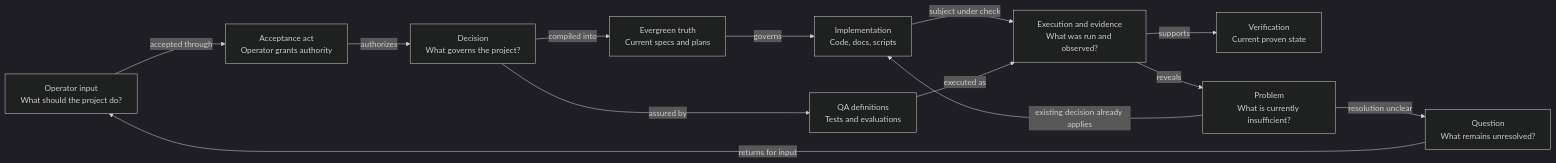
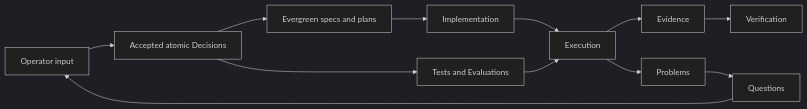
The second of 2 diagrams in README.md (anatoly-m-maslennikov/dset-specs-loops-framework), drawn with Mermaid (dark theme) before and after one commit. The commit also changed other lines of this file and 814 other files, not shown here.

````diff
--- a/README.md
+++ b/README.md
@@ -76,27 +88,14 @@
 ```mermaid
 flowchart LR
-    O["Operator input<br/>What should the project do?"]
-    A["Acceptance act<br/>Operator grants authority"]
-    D["Decision<br/>What governs the project?"]
-    E["Evergreen truth<br/>Current specs and plans"]
-    I["Implementation<br/>Code, docs, scripts"]
-    QA["QA definitions<br/>Tests and evaluations"]
-    X["Execution and evidence<br/>What was run and observed?"]
-    V["Verification<br/>Current proven state"]
-    Q["Question<br/>What remains unresolved?"]
-    P["Problem<br/>What is currently insufficient?"]
-
-    O -->|"accepted through"| A
-    A -->|"authorizes"| D
-    D -->|"compiled into"| E
-    E -->|"governs"| I
-    D -->|"assured by"| QA
-    I -->|"subject under check"| X
-    QA -->|"executed as"| X
-    X -->|"supports"| V
-
-    Q -->|"returns for input"| O
-    X -->|"reveals"| P
-    P -->|"resolution unclear"| Q
-    P -->|"existing decision already applies"| I
+    O["Operator input"] --> A["Accepted atomic Decisions"]
+    A --> C["Evergreen specs and plans"]
+    C --> I["Implementation"]
+    A --> QA["Tests and Evaluations"]
+    I --> X["Execution"]
+    QA --> X
+    X --> E["Evidence"]
+    E --> V["Verification"]
+    X --> P["Problems"]
+    P --> Q["Questions"]
+    Q --> O
 ```
````
